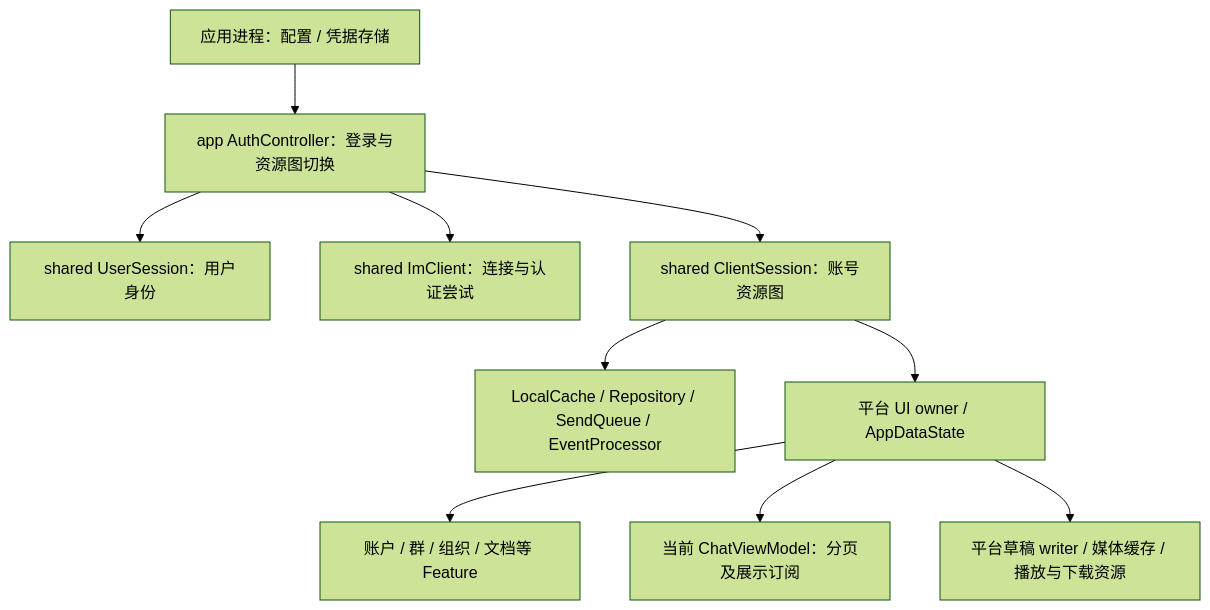
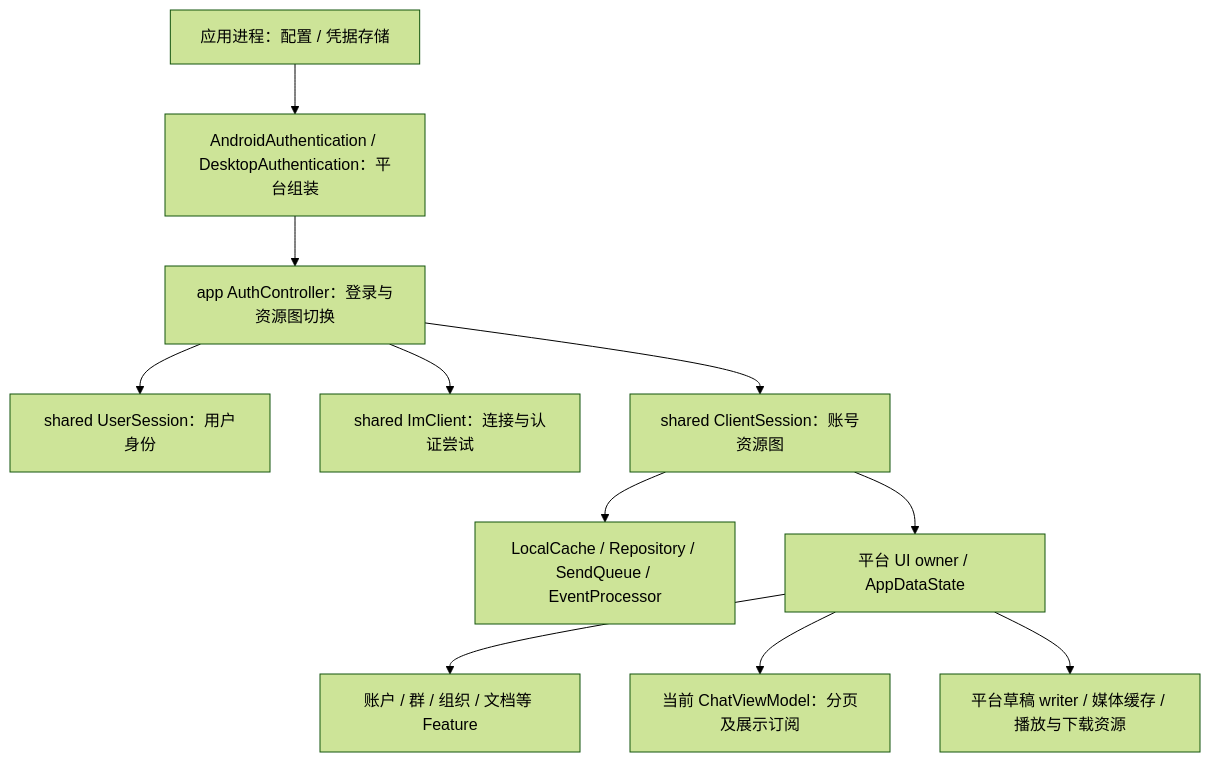
One commit to virjar/team-talk changed the fifth of 6 diagrams in doc/03-architecture/architecture-primer.md. Above: the diagram before and after it, drawn with Mermaid (forest theme). The commit also changed other lines of this file and 20 other files, not shown here.

````diff
--- a/doc/03-architecture/architecture-primer.md
+++ b/doc/03-architecture/architecture-primer.md
@@ -168,12 +168,13 @@
 ```mermaid
 flowchart TB
-    Process["应用进程：配置 / 凭据存储"] --> Auth["app AuthController：登录与资源图切换"]
+    Process["应用进程：配置 / 凭据存储"] --> Adapter["AndroidAuthentication / DesktopAuthentication：平台组装"]
+    Adapter --> Auth["app AuthController：登录与资源图切换"]
     Auth --> Identity["shared UserSession：用户身份"]
     Auth --> Connection["shared ImClient：连接与认证尝试"]
     Auth --> Session["shared ClientSession：账号资源图"]
     Session --> Local["LocalCache / Repository / SendQueue / EventProcessor"]
     Session --> UI["平台 UI owner / AppDataState"]
     UI --> Feature["账户 / 群 / 组织 / 文档等 Feature"]
     UI --> Chat["当前 ChatViewModel：分页及展示订阅"]
     UI --> Platform["平台草稿 writer / 媒体缓存 / 播放与下载资源"]
 ```
````
